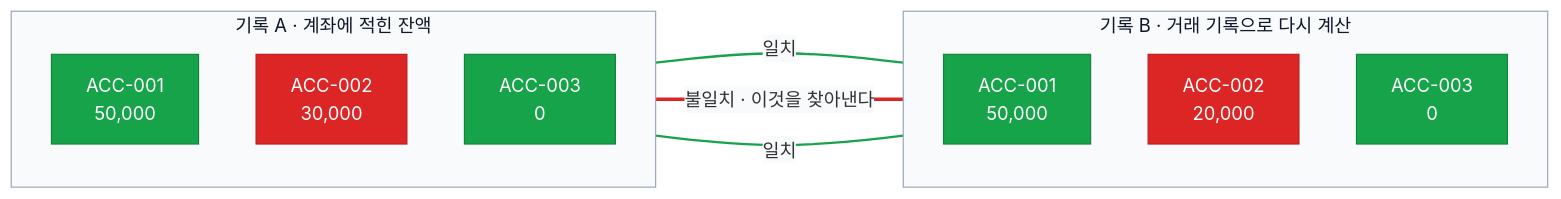
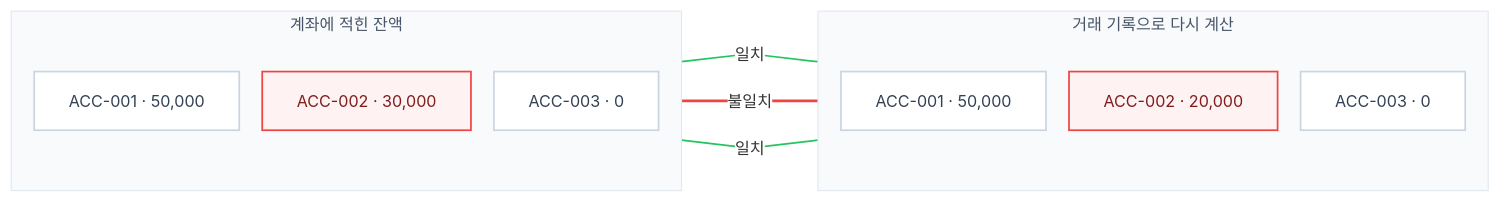
Before and after one commit to CCAFY/core-banking: the seventh of 7 diagrams in docs/primer.md, drawn with Mermaid. The commit also changed other lines of this file, not shown here.

````diff
--- a/docs/primer.md
+++ b/docs/primer.md
@@ -215,28 +186,28 @@
 ```mermaid
-%%{init: {"theme": "base", "themeVariables": {"lineColor": "#64748B", "edgeLabelBackground": "#F8FAFC", "clusterBkg": "#F8FAFC", "clusterBorder": "#94A3B8", "titleColor": "#0F172A", "textColor": "#0F172A"}}}%%
+%%{init: {"theme": "base", "themeVariables": {"fontSize": "14px", "lineColor": "#94A3B8", "textColor": "#334155", "edgeLabelBackground": "#FFFFFF", "clusterBkg": "#F8FAFC", "clusterBorder": "#E2E8F0", "titleColor": "#475569"}, "flowchart": {"curve": "linear", "nodeSpacing": 20, "rankSpacing": 80}}}%%
 flowchart LR
-    classDef ok     fill:#16A34A,stroke:#15803D,color:#FFFFFF
-    classDef danger fill:#DC2626,stroke:#B91C1C,color:#FFFFFF
+    classDef value  fill:#FFFFFF,stroke:#CBD5E1,stroke-width:1.5px,color:#334155
+    classDef danger fill:#FEF2F2,stroke:#EF4444,stroke-width:1.5px,color:#7F1D1D
 
-    subgraph A ["기록 A · 계좌에 적힌 잔액"]
+    subgraph A ["계좌에 적힌 잔액"]
         direction TB
-        a1["ACC-001<br/>50,000"]:::ok
-        a2["ACC-002<br/>30,000"]:::danger
-        a3["ACC-003<br/>0"]:::ok
+        a1["ACC-001 · 50,000"]:::value
+        a2["ACC-002 · 30,000"]:::danger
+        a3["ACC-003 · 0"]:::value
     end
 
-    subgraph B ["기록 B · 거래 기록으로 다시 계산"]
+    subgraph B ["거래 기록으로 다시 계산"]
         direction TB
-        b1["ACC-001<br/>50,000"]:::ok
-        b2["ACC-002<br/>20,000"]:::danger
-        b3["ACC-003<br/>0"]:::ok
+        b1["ACC-001 · 50,000"]:::value
+        b2["ACC-002 · 20,000"]:::danger
+        b3["ACC-003 · 0"]:::value
     end
 
     a1 -- "일치" --- b1
-    a2 -- "불일치 · 이것을 찾아낸다" --- b2
+    a2 -- "불일치" --- b2
     a3 -- "일치" --- b3
 
-    linkStyle 0 stroke:#16A34A,stroke-width:2px
-    linkStyle 1 stroke:#DC2626,stroke-width:3px
-    linkStyle 2 stroke:#16A34A,stroke-width:2px
+    linkStyle 0 stroke:#22C55E,stroke-width:1.5px
+    linkStyle 1 stroke:#EF4444,stroke-width:2.5px
+    linkStyle 2 stroke:#22C55E,stroke-width:1.5px
 ```
````
